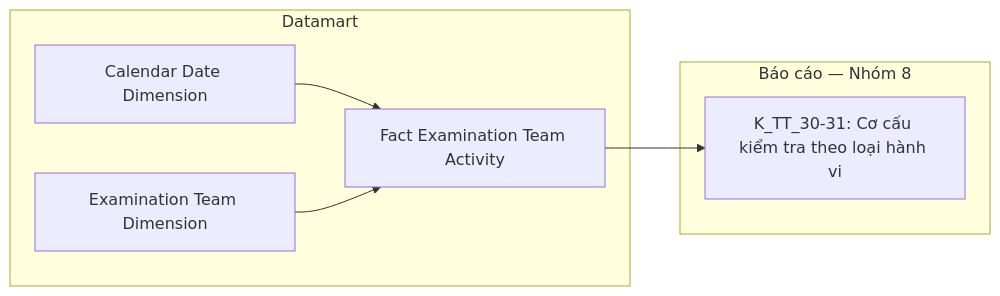
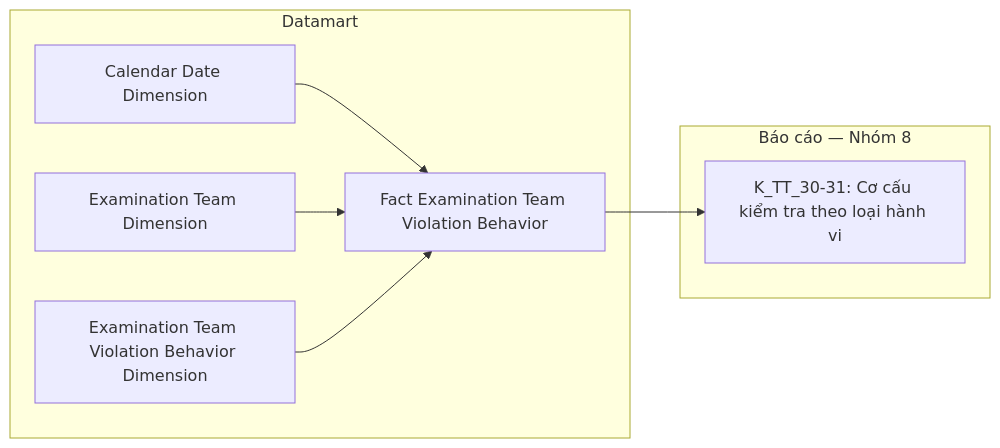
Before and after one commit to linhlvit/ubck_atomic_design: diagram 31 of 54 in Datamart/hld/DTM_TT_HLD.md, drawn with Mermaid. The commit also changed other lines of this file and 10 other files, not shown here.

````diff
--- a/Datamart/hld/DTM_TT_HLD.md
+++ b/Datamart/hld/DTM_TT_HLD.md
@@ -977,14 +1154,16 @@
 ```mermaid
 flowchart LR
     subgraph Datamart["Datamart"]
-        G1["Fact Examination Team Activity"]
+        G1["Fact Examination Team Violation Behavior"]
         G2["Calendar Date Dimension"]
         G3["Examination Team Dimension"]
+        G4["Examination Team Violation Behavior Dimension"]
     end
     subgraph RPT["Báo cáo — Nhóm 8"]
         R1["K_TT_30-31: Cơ cấu kiểm tra theo loại hành vi"]
     end
     G2 --> G1
     G3 --> G1
+    G4 --> G1
     G1 --> R1
 ```
````
